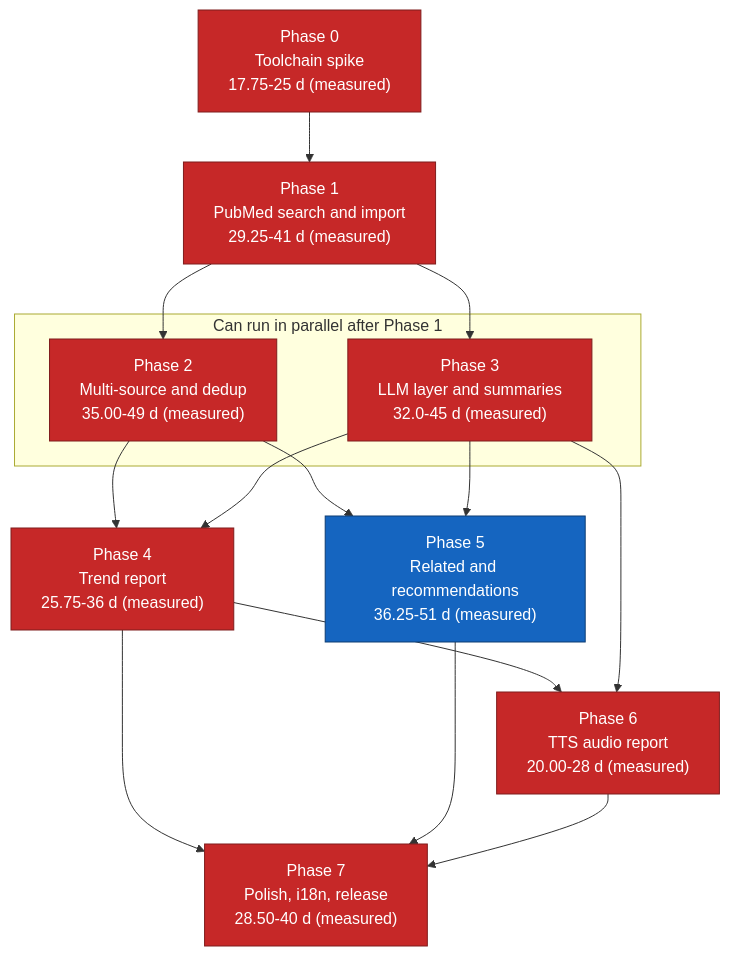
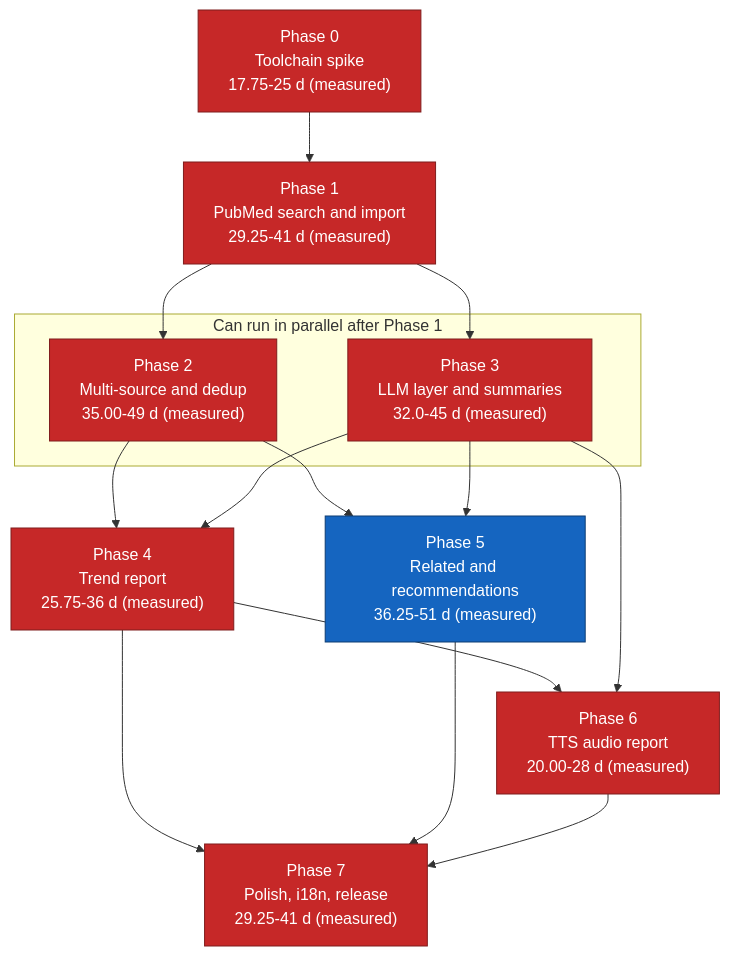
One commit to suppakoko/research_helper changed the diagram in docs/11-implementation-roadmap.md. Above: the diagram before and after it, drawn with Mermaid. The commit also changed other lines of this file and 45 other files, not shown here.

````diff
--- a/docs/11-implementation-roadmap.md
+++ b/docs/11-implementation-roadmap.md
@@ -327,34 +327,34 @@
 ```mermaid
 graph TD
     P0["Phase 0<br/>Toolchain spike<br/>17.75-25 d (measured)"]
     P1["Phase 1<br/>PubMed search and import<br/>29.25-41 d (measured)"]
     P2["Phase 2<br/>Multi-source and dedup<br/>35.00-49 d (measured)"]
     P3["Phase 3<br/>LLM layer and summaries<br/>32.0-45 d (measured)"]
     P4["Phase 4<br/>Trend report<br/>25.75-36 d (measured)"]
     P5["Phase 5<br/>Related and recommendations<br/>36.25-51 d (measured)"]
     P6["Phase 6<br/>TTS audio report<br/>20.00-28 d (measured)"]
-    P7["Phase 7<br/>Polish, i18n, release<br/>28.50-40 d (measured)"]
+    P7["Phase 7<br/>Polish, i18n, release<br/>29.25-41 d (measured)"]
 
     P0 --> P1
     P1 --> P2
     P1 --> P3
     P2 --> P4
     P3 --> P4
     P2 --> P5
     P3 --> P5
     P4 --> P6
     P3 --> P6
     P4 --> P7
     P5 --> P7
     P6 --> P7
 
     subgraph parallel["Can run in parallel after Phase 1"]
         P2
         P3
     end
 
     classDef critical fill:#c62828,stroke:#7f1d1d,color:#ffffff
     classDef normal fill:#1565c0,stroke:#0d3c73,color:#ffffff
     class P0,P1,P2,P3,P4,P6,P7 critical
     class P5 normal
 ```
````
